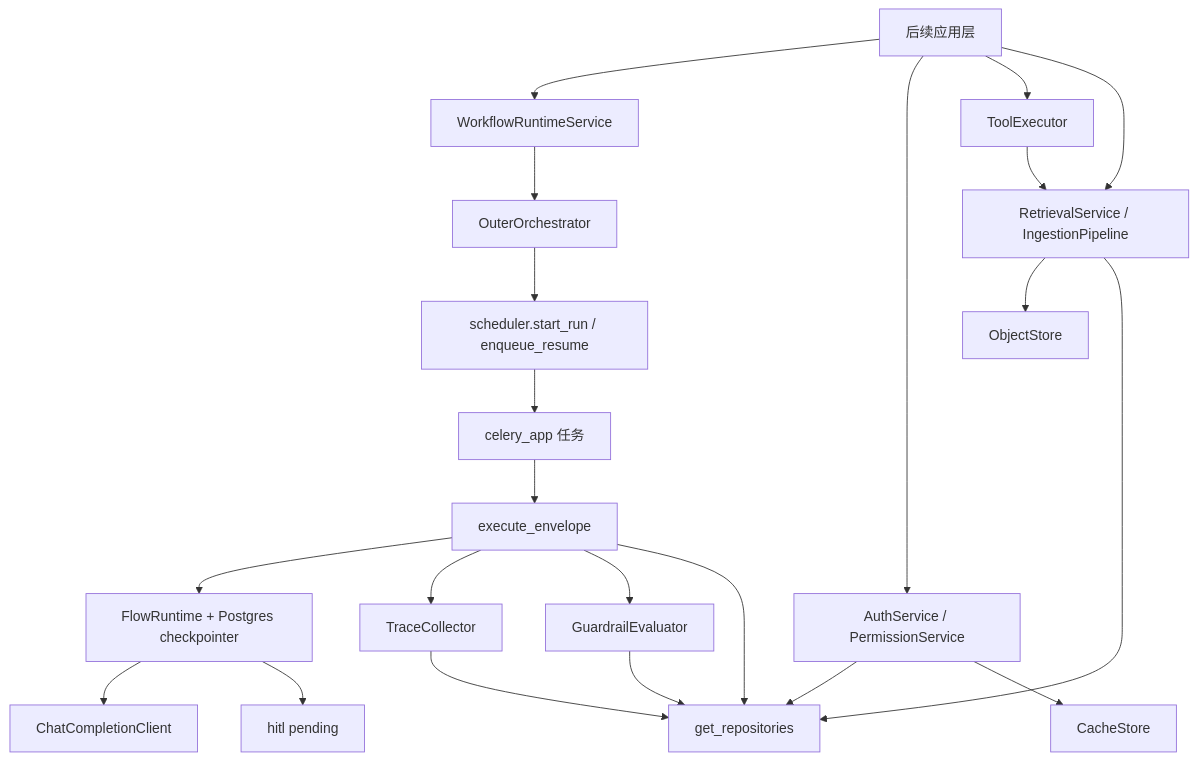
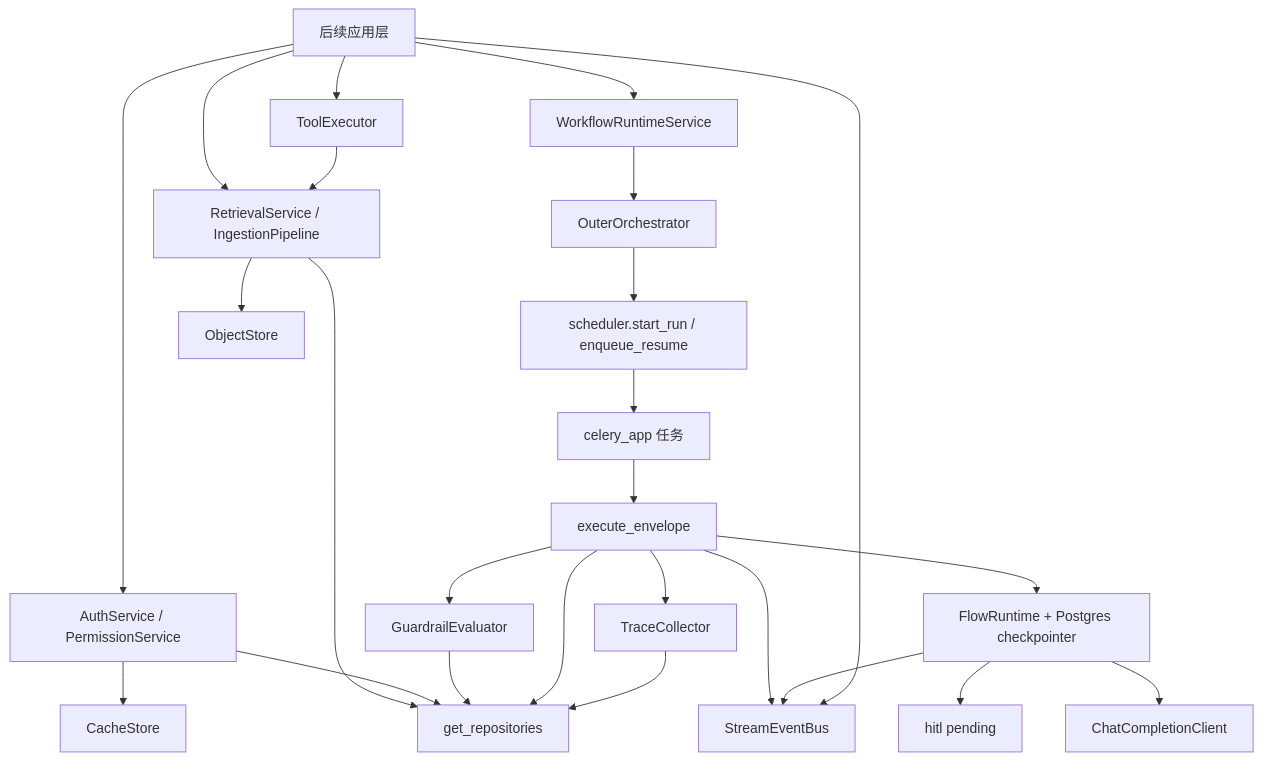
The first of 7 diagrams in docs/design/service_layer.md (DHaru85/flowfactory), drawn with Mermaid before and after one commit. The commit also changed other lines of this file and 26 other files, not shown here.

````diff
--- a/docs/design/service_layer.md
+++ b/docs/design/service_layer.md
@@ -39,42 +40,47 @@
 ```mermaid
 flowchart TB
   App["后续应用层"]
   WRS["WorkflowRuntimeService"]
   Orch["OuterOrchestrator"]
   Sched["scheduler.start_run / enqueue_resume"]
   Celery["celery_app 任务"]
   Env["execute_envelope"]
   Flow["FlowRuntime + Postgres checkpointer"]
   LLM["ChatCompletionClient"]
   HITL["hitl pending"]
   Auth["AuthService / PermissionService"]
   Tools["ToolExecutor"]
   KB["RetrievalService / IngestionPipeline"]
   Store["ObjectStore"]
   Obs["TraceCollector"]
+  Events["StreamEventBus"]
   Guard["GuardrailEvaluator"]
+  Events["StreamEventBus"]
   Repo["get_repositories"]
   Redis["CacheStore"]
 
   App --> WRS
   App --> Auth
   App --> Tools
   App --> KB
   WRS --> Orch
   Orch --> Sched
   Sched --> Celery
   Celery --> Env
   Env --> Flow
   Env --> Obs
   Env --> Guard
+  Env --> Events
   Flow --> LLM
   Flow --> HITL
+  Flow --> Events
+  App --> Events
   Tools --> KB
   KB --> Store
   KB --> Repo
   Auth --> Repo
   Auth --> Redis
   Guard --> Repo
   Env --> Repo
   Obs --> Repo
 ```
````
